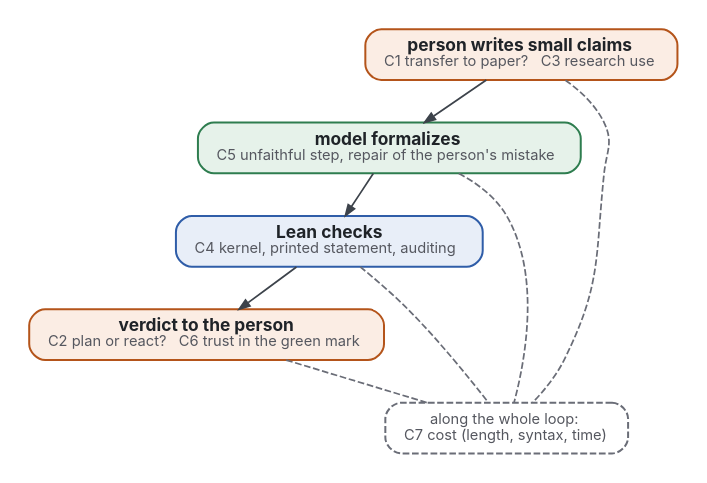
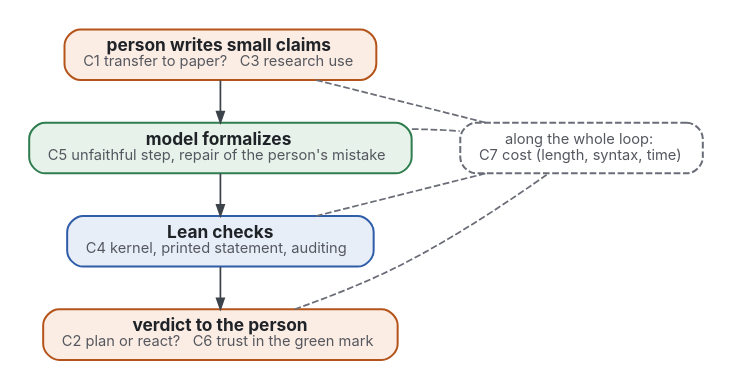
The fifth of 5 diagrams in evidence/autoformalization/review.md (Tewf/reader-ergonomics-blueprint), drawn with Graphviz before and after one commit. The commit also changed 3 other files, not shown here.

First line of the commit message:
Redraw the form-limits figure with its note beside the loop

````diff
--- a/evidence/autoformalization/review.md
+++ b/evidence/autoformalization/review.md
@@ -611,20 +611,22 @@
 ```dot
 // Strand C's sub-questions placed on the loop of the scope: a figure of review.md, Q4 and Q5.
 // Colours, as in every figure of this review: person orange, model green, program blue; the dashed note on cost
 // applies to the whole loop, so it joins every step.
 digraph form_limits {
   graph [rankdir=TB, nodesep=0.5, ranksep=0.45, bgcolor="white", pad=0.2, fontname="Inter"];
   node  [shape=box, style="rounded,filled", fontname="Inter", fontsize=13, margin="0.2,0.1", penwidth=1.5, fontcolor="#1F2328"];
   edge  [fontname="Inter", fontsize=11, color="#3D434B", fontcolor="#55575F", penwidth=1.3, arrowsize=0.8];
   W [label=<<b>person writes small claims</b><br/><font point-size="11" color="#55575F">C1 transfer to paper?   C3 research use</font>>, fillcolor="#FBEDE4", color="#B4541A"];
   F [label=<<b>model formalizes</b><br/><font point-size="11" color="#55575F">C5 unfaithful step, repair of the person's mistake</font>>, fillcolor="#E6F2EA", color="#2E7D4F"];
   L [label=<<b>Lean checks</b><br/><font point-size="11" color="#55575F">C4 kernel, printed statement, auditing</font>>, fillcolor="#E8EEF8", color="#2F5DA8"];
   V [label=<<b>verdict to the person</b><br/><font point-size="11" color="#55575F">C2 plan or react?   C6 trust in the green mark</font>>, fillcolor="#FBEDE4", color="#B4541A"];
   C7 [label=<<font point-size="11" color="#55575F">along the whole loop:</font><br/><font point-size="11" color="#55575F">C7 cost (length, syntax, time)</font>>, fillcolor="#FFFFFF", color="#6A6D77", style="rounded,filled,dashed"];
   W -> F -> L -> V;
-  W -> C7 [style=dashed, color="#6A6D77", arrowhead=none];
-  F -> C7 [style=dashed, color="#6A6D77", arrowhead=none];
-  L -> C7 [style=dashed, color="#6A6D77", arrowhead=none];
-  V -> C7 [style=dashed, color="#6A6D77", arrowhead=none];
+  {rank=same; F; C7}
+  F -> C7 [style=invis];
+  W -> C7 [style=dashed, color="#6A6D77", arrowhead=none, constraint=false];
+  F -> C7 [style=dashed, color="#6A6D77", arrowhead=none, constraint=false];
+  L -> C7 [style=dashed, color="#6A6D77", arrowhead=none, constraint=false];
+  V -> C7 [style=dashed, color="#6A6D77", arrowhead=none, constraint=false];
 }
 ```
````
